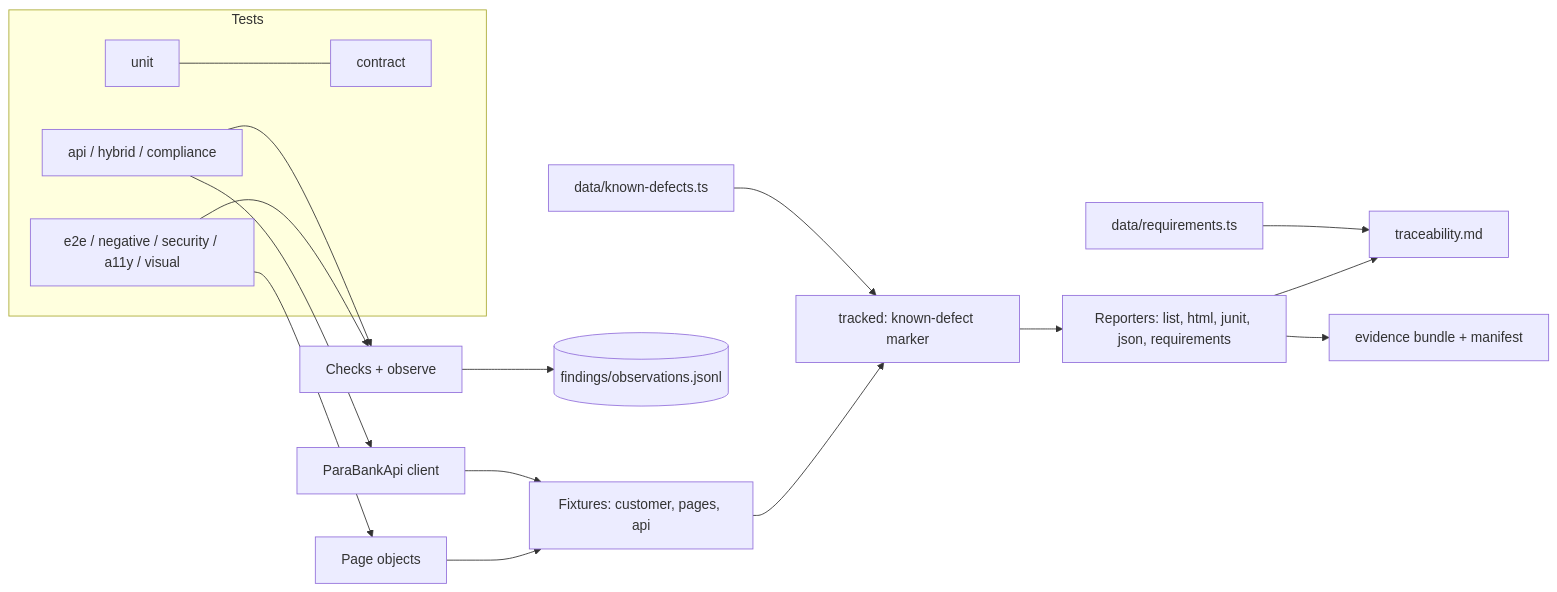
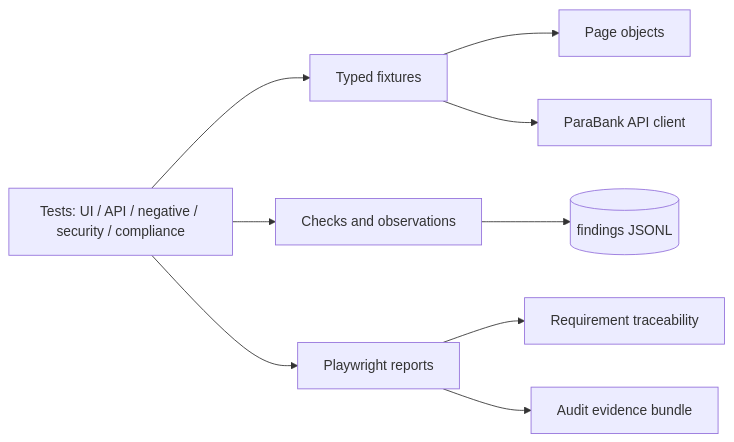
The diagram in README.md (vilayatalimirza/banking-qa-playwright), drawn with Mermaid before and after one commit. The commit also changed other lines of this file and 2 other files, not shown here.

Commit message:
docs: clarify portfolio scope, findings and run metrics

````diff
--- a/README.md
+++ b/README.md
@@ -56,20 +46,11 @@
 ```mermaid
 flowchart LR
-  subgraph Tests
-    U[unit] --- C[contract]
-    E[e2e / negative / security / a11y / visual]
-    A[api / hybrid / compliance]
-  end
-  E --> P[Page objects]
-  A --> API[ParaBankApi client]
-  P --> F[Fixtures: customer, pages, api]
-  API --> F
-  F --> T[tracked: known-defect marker]
-  E & A --> K[Checks + observe]
-  K --> O[(findings/observations.jsonl)]
-  T --> R[Reporters: list, html, junit, json, requirements]
-  R --> M[traceability.md]
-  R --> B[evidence bundle + manifest]
-  DEF[data/known-defects.ts] --> T
-  REQ[data/requirements.ts] --> M
+  T[Tests: UI / API / negative / security / compliance] --> F[Typed fixtures]
+  F --> P[Page objects]
+  F --> A[ParaBank API client]
+  T --> C[Checks and observations]
+  C --> O[(findings JSONL)]
+  T --> R[Playwright reports]
+  R --> X[Requirement traceability]
+  R --> E[Audit evidence bundle]
 ```
````
